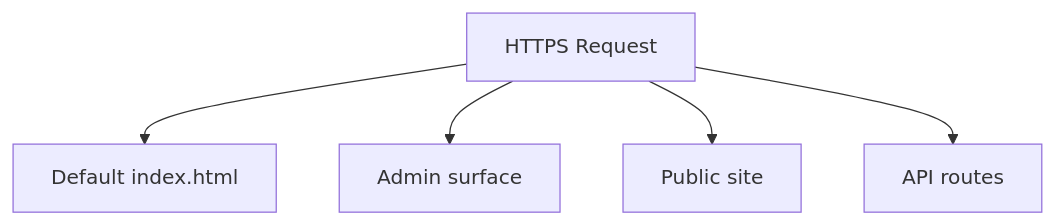
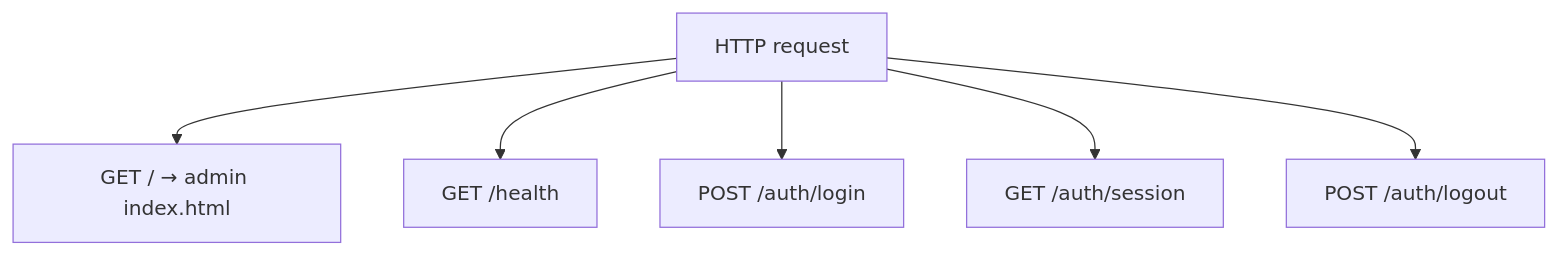
Before and after one commit to progentic/behr: the second of 4 diagrams in docs/ARCHITECTURE.md, drawn with Mermaid. The commit also changed other lines of this file and 7 other files, not shown here.

First line of the commit message:
fix(dev): Align admin and API origin topology

````diff
--- a/docs/ARCHITECTURE.md
+++ b/docs/ARCHITECTURE.md
@@ -63,9 +70,10 @@
 ```mermaid
 flowchart TD
 
-    Request[HTTPS Request]
-    Request --> Root[Default index.html]
-    Request --> Admin[Admin surface]
-    Request --> Website[Public site]
-    Request --> API[API routes]
+    Request[HTTP request]
+    Request --> Root[GET / → admin index.html]
+    Request --> Health[GET /health]
+    Request --> Login[POST /auth/login]
+    Request --> Session[GET /auth/session]
+    Request --> Logout[POST /auth/logout]
 ```
````
